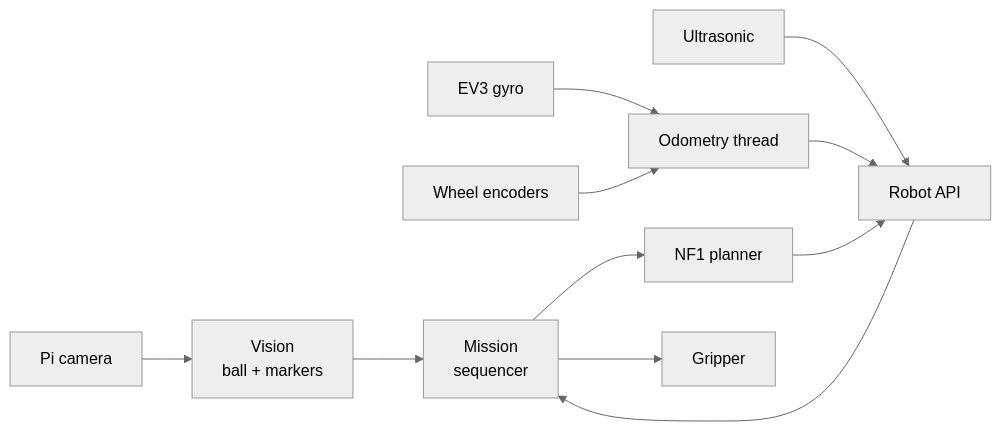
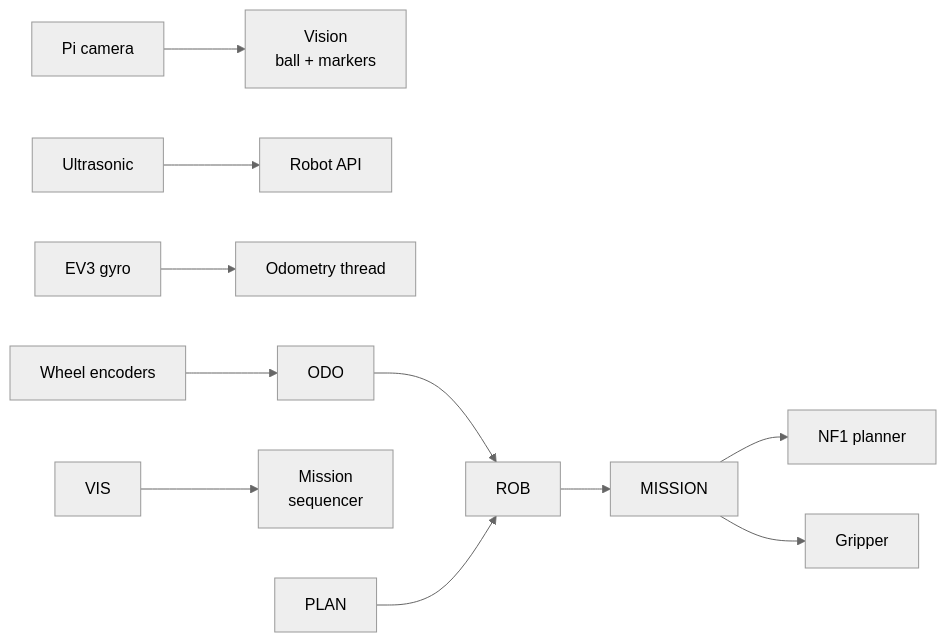
Before and after one commit to sejotta/lego-autonomous-robot: the diagram in README.md, drawn with Mermaid (neutral theme). The commit also changed other lines of this file and 9 other files, not shown here.

````diff
--- a/README.md
+++ b/README.md
@@ -109,13 +125,13 @@
 ```mermaid
 flowchart LR
-    CAM[Pi camera] --> VIS[Vision<br/>ball + markers]
-    US[Ultrasonic] --> ROB[Robot API]
-    GYRO[EV3 gyro] --> ODO[Odometry thread]
-    ENC[Wheel encoders] --> ODO
+    CAM\[Pi camera] --> VIS\[Vision<br/>ball + markers]
+    US\[Ultrasonic] --> ROB\[Robot API]
+    GYRO\[EV3 gyro] --> ODO\[Odometry thread]
+    ENC\[Wheel encoders] --> ODO
     ODO --> ROB
-    VIS --> MISSION[Mission<br/>sequencer]
+    VIS --> MISSION\[Mission<br/>sequencer]
     ROB --> MISSION
-    MISSION --> PLAN[NF1 planner]
+    MISSION --> PLAN\[NF1 planner]
     PLAN --> ROB
-    MISSION --> GRIP[Gripper]
+    MISSION --> GRIP\[Gripper]
 ```
````
